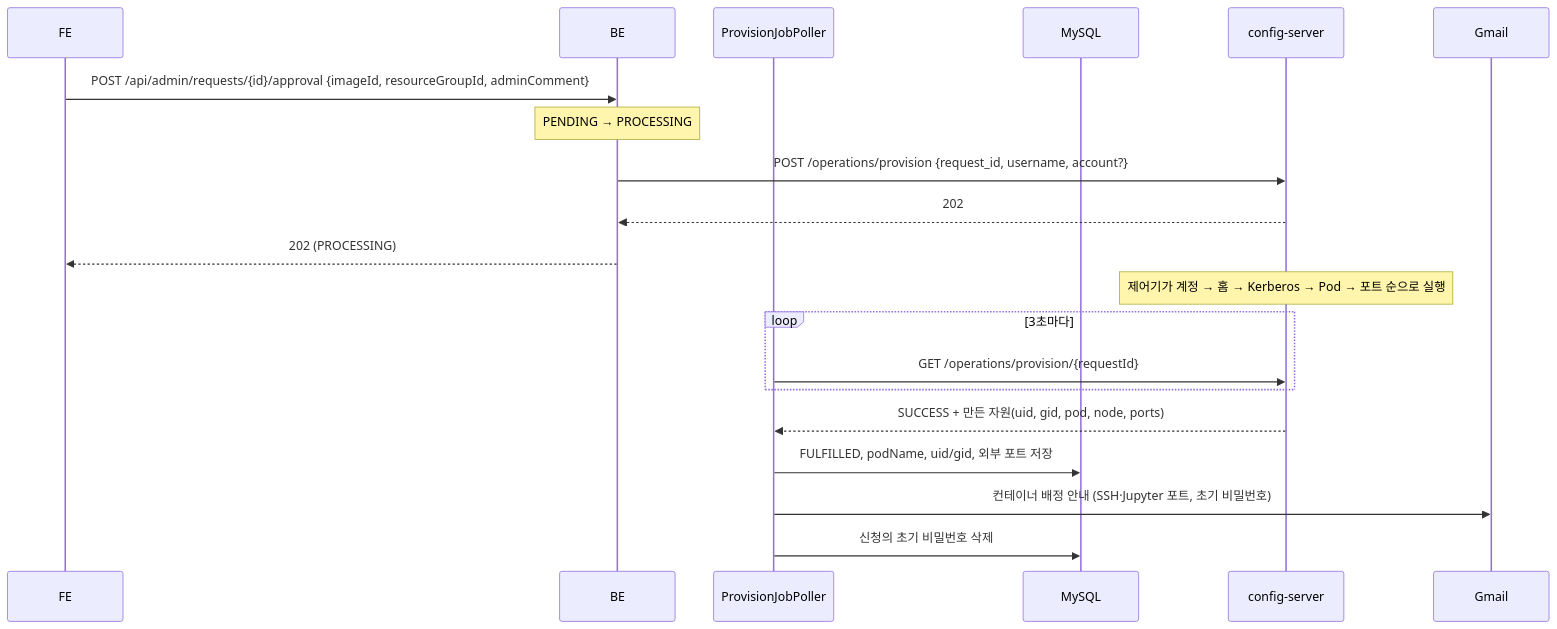
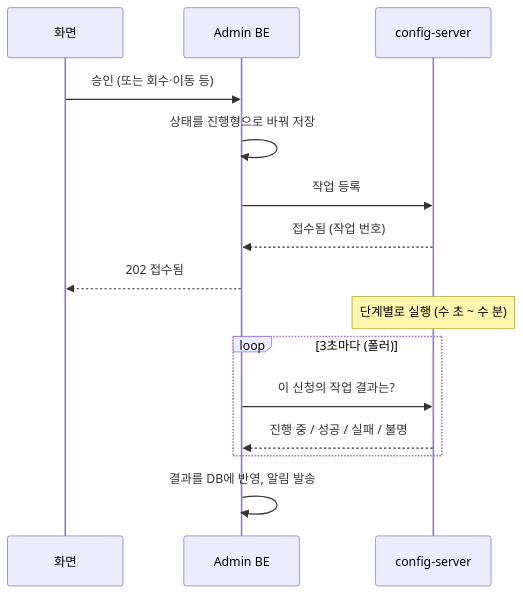
The second of 5 diagrams in md/backend/시스템-아키텍처.md (CSID-DGU/admin_wiki), drawn with Mermaid before and after one commit. The commit also changed other lines of this file and 11 other files, not shown here.

````diff
--- a/md/backend/시스템-아키텍처.md
+++ b/md/backend/시스템-아키텍처.md
@@ -123,23 +51,18 @@
 ```mermaid
 sequenceDiagram
-    participant FE as FE
-    participant BE as BE
-    participant Poller as ProvisionJobPoller
-    participant MySQL as MySQL
-    participant Infra as config-server
-    participant Gmail as Gmail
+    participant FE as 화면
+    participant BE as Admin BE
+    participant CS as config-server
 
-    FE->>BE: POST /api/admin/requests/{id}/approval {imageId, resourceGroupId, adminComment}
-    Note over BE: PENDING → PROCESSING
-    BE->>Infra: POST /operations/provision {request_id, username, account?}
-    Infra-->>BE: 202
-    BE-->>FE: 202 (PROCESSING)
-    Note over Infra: 제어기가 계정 → 홈 → Kerberos → Pod → 포트 순으로 실행
-    loop 3초마다
-        Poller->>Infra: GET /operations/provision/{requestId}
+    FE->>BE: 승인 (또는 회수·이동 등)
+    BE->>BE: 상태를 진행형으로 바꿔 저장
+    BE->>CS: 작업 등록
+    CS-->>BE: 접수됨 (작업 번호)
+    BE-->>FE: 202 접수됨
+    Note over CS: 단계별로 실행 (수 초 ~ 수 분)
+    loop 3초마다 (폴러)
+        BE->>CS: 이 신청의 작업 결과는?
+        CS-->>BE: 진행 중 / 성공 / 실패 / 불명
     end
-    Infra-->>Poller: SUCCESS + 만든 자원(uid, gid, pod, node, ports)
-    Poller->>MySQL: FULFILLED, podName, uid/gid, 외부 포트 저장
-    Poller->>Gmail: 컨테이너 배정 안내 (SSH·Jupyter 포트, 초기 비밀번호)
-    Poller->>MySQL: 신청의 초기 비밀번호 삭제
+    BE->>BE: 결과를 DB에 반영, 알림 발송
 ```
````
